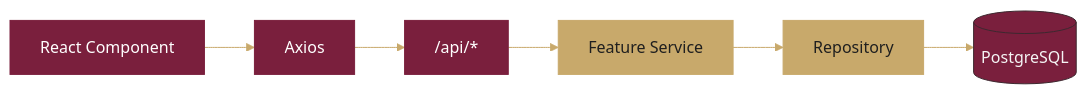
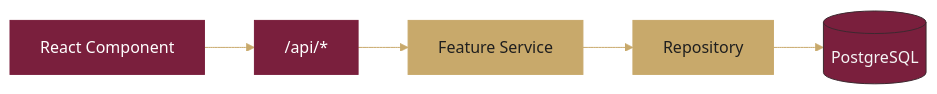
Before and after one commit to LaoraSad/omegaComplex: the third of 8 diagrams in README.md, drawn with Mermaid. The commit also changed other lines of this file and 1 other file, not shown here.

````diff
--- a/README.md
+++ b/README.md
@@ -216,9 +221,9 @@
 ```mermaid
 %%{init: {'theme':'base','themeVariables':{'primaryColor':'#7A1F3D','primaryTextColor':'#F5F5F5','lineColor':'#C8A96B'}}}%%
 flowchart LR
-    Component["React Component"] --> Axios --> API["/api/*"] --> Service["Feature Service"] --> Repository --> DB[("PostgreSQL")]
+    Component["React Component"] --> API["/api/*"] --> Service["Feature Service"] --> Repository --> DB[("PostgreSQL")]
     classDef primary fill:#7A1F3D,color:#fff,stroke:#7A1F3D;
     classDef accent fill:#C8A96B,color:#1F1F1F,stroke:#C8A96B;
-    class Component,Axios,API primary;
+    class Component,API primary;
     class Service,Repository accent;
 ```
````
